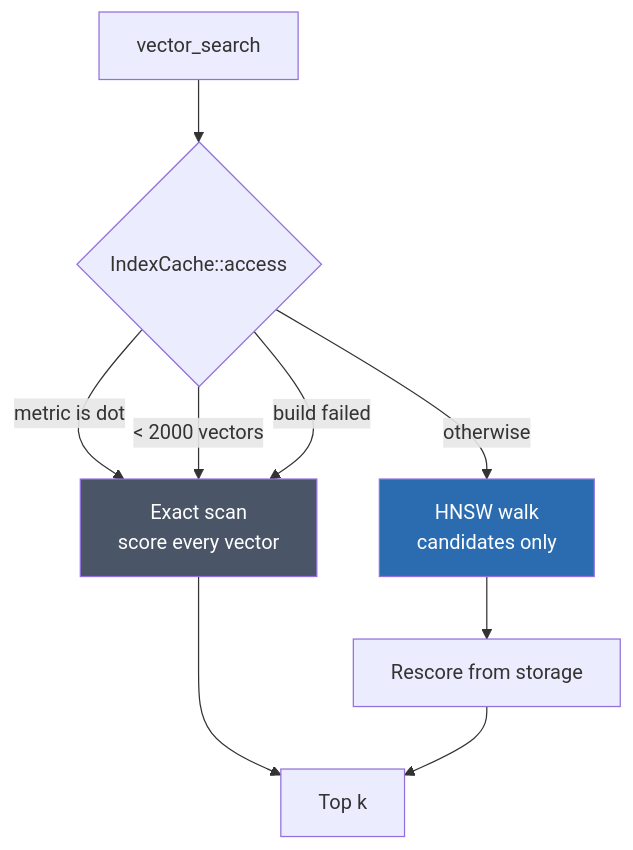
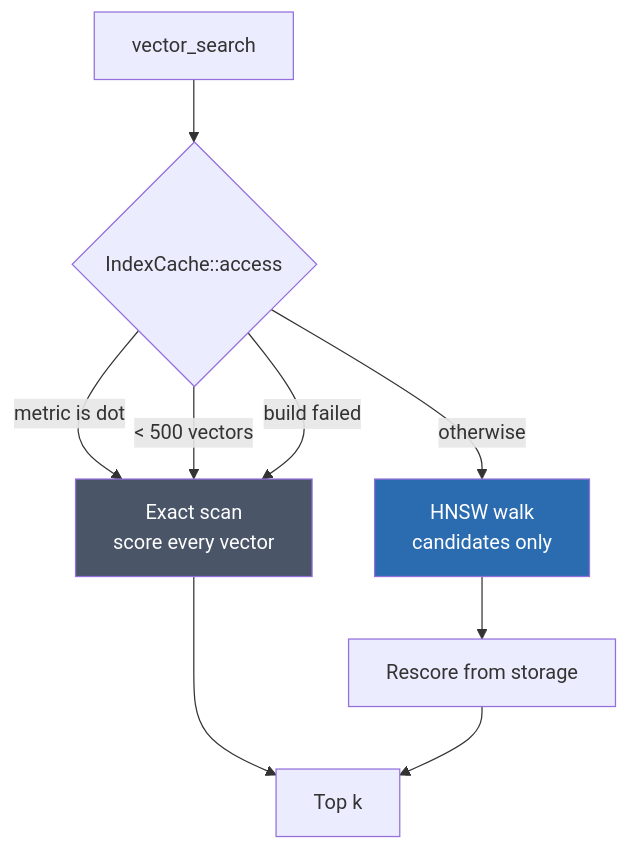
One commit to titusai-io/kimmydb changed the second of 2 diagrams in docs/vectors.md. Above: the diagram before and after it, drawn with Mermaid. The commit also changed other lines of this file and 23 other files, not shown here.

````diff
--- a/docs/vectors.md
+++ b/docs/vectors.md
@@ -261,14 +263,14 @@
 ```mermaid
 graph TD
     Q["vector_search"] --> A{"IndexCache::access"}
     A -->|"metric is dot"| E["Exact scan<br/>score every vector"]
-    A -->|"< 2000 vectors"| E
+    A -->|"< 500 vectors"| E
     A -->|"build failed"| E
     A -->|"otherwise"| H["HNSW walk<br/>candidates only"]
     H --> S["Rescore from storage"]
     E --> R["Top k"]
     S --> R
 
     style E fill:#4a5568,color:#fff
     style H fill:#2b6cb0,color:#fff
 ```
````
